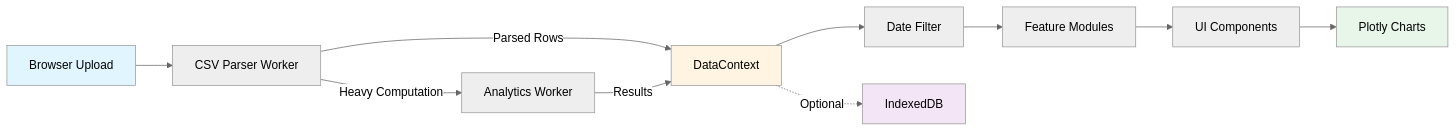
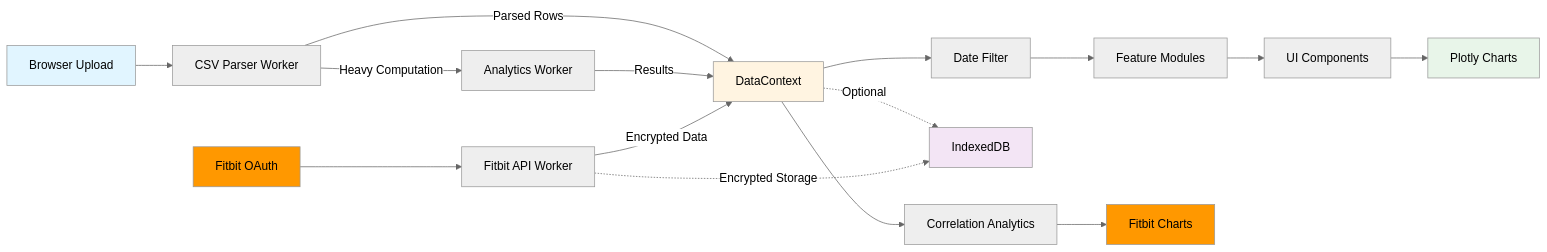
Before and after one commit to kabaka/oscar-export-analyzer: the first of 3 diagrams in docs/developer/architecture.md, drawn with Mermaid (neutral theme). The commit also changed other lines of this file and 53 other files, not shown here.

First line of the commit message:
feat: Fitbit integration with OAuth, correlation analytics, and privacy-first architecture

````diff
--- a/docs/developer/architecture.md
+++ b/docs/developer/architecture.md
@@ -11,17 +11,25 @@
 ```mermaid
 graph LR
     A[Browser Upload] --> B[CSV Parser Worker]
     B -->|Parsed Rows| C[DataContext]
     C --> D[Date Filter]
     D --> E[Feature Modules]
     E --> F[UI Components]
     F --> G[Plotly Charts]
     C -.->|Optional| H[IndexedDB]
     B -->|Heavy Computation| I[Analytics Worker]
     I -->|Results| C
 
+    J[Fitbit OAuth] --> K[Fitbit API Worker]
+    K -->|Encrypted Data| C
+    K -.->|Encrypted Storage| H
+    C --> L[Correlation Analytics]
+    L --> M[Fitbit Charts]
+
     style A fill:#e1f5ff
     style C fill:#fff4e1
     style G fill:#e8f5e9
     style H fill:#f3e5f5
+    style J fill:#ff9800
+    style M fill:#ff9800
 ```
````
